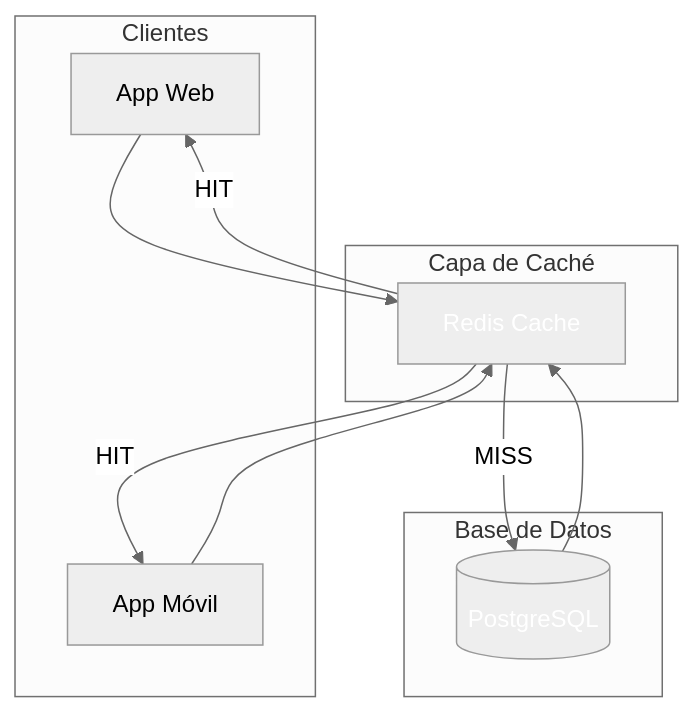
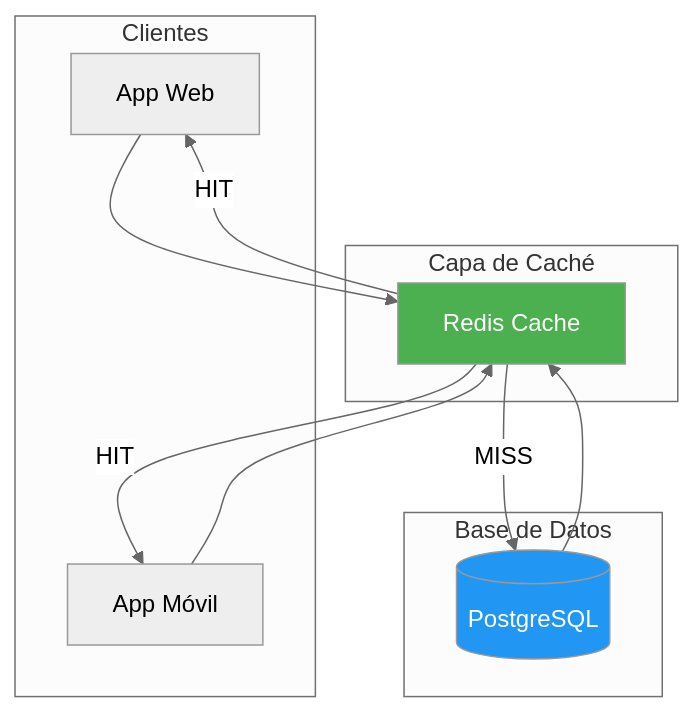
One commit to joseluisgs/DesarrolloWebEntornosServidor-02-2026-2027 changed the second of 17 diagrams in 14-cache-redis.md. Above: the diagram before and after it, drawn with Mermaid (neutral theme). The commit also changed other lines of this file, not shown here.

````diff
--- a/14-cache-redis.md
+++ b/14-cache-redis.md
@@ -105,21 +108,21 @@
 ```mermaid
 flowchart TB
     subgraph "Clientes"
         C1["App Web"]
         C2["App Móvil"]
     end
     subgraph "Capa de Caché"
         Cache["Redis Cache"]
     end
     subgraph "Base de Datos"
         BD[("PostgreSQL")]
     end
     C1 --> Cache
     C2 --> Cache
     Cache -->|HIT| C1
     Cache -->|HIT| C2
     Cache -->|MISS| BD
     BD --> Cache
-    style Cache fill:#4CAF5,color:#fff0,color:#fff
-    style BD fill:#2196F,color:#fff3,color:#fff
+    style Cache fill:#4CAF50,color:#fff
+    style BD fill:#2196F3,color:#fff
 ```
````
